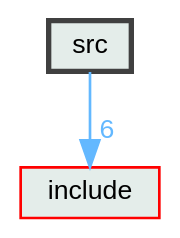
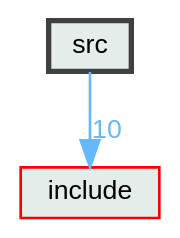
The diagram in docs/dir_68267d1309a1af8e8297ef4c3efbcdba_dep.dot (HEP-FCC/ral), drawn with Graphviz before and after one commit. The commit also changed 112 other files, not shown here.

```diff
--- a/docs/dir_68267d1309a1af8e8297ef4c3efbcdba_dep.dot
+++ b/docs/dir_68267d1309a1af8e8297ef4c3efbcdba_dep.dot
@@ -1,11 +1,11 @@
 digraph "src"
 {
  // LATEX_PDF_SIZE
   bgcolor="transparent";
   edge [fontname=Helvetica,fontsize=10,labelfontname=Helvetica,labelfontsize=10];
   node [fontname=Helvetica,fontsize=10,shape=box,height=0.2,width=0.4];
   compound=true
   dir_68267d1309a1af8e8297ef4c3efbcdba [label="src", fillcolor="#e4edea", color="grey25", style="filled,bold", URL="dir_68267d1309a1af8e8297ef4c3efbcdba.html",tooltip=""];
   dir_d44c64559bbebec7f509842c48db8b23 [label="include", fillcolor="#e4edea", color="red", style="filled", URL="dir_d44c64559bbebec7f509842c48db8b23.html",tooltip=""];
-  dir_68267d1309a1af8e8297ef4c3efbcdba->dir_d44c64559bbebec7f509842c48db8b23 [headlabel="6", labeldistance=1.5 headhref="dir_000002_000000.html" href="dir_000002_000000.html" color="steelblue1" fontcolor="steelblue1"];
+  dir_68267d1309a1af8e8297ef4c3efbcdba->dir_d44c64559bbebec7f509842c48db8b23 [headlabel="10", labeldistance=1.5 headhref="dir_000002_000000.html" href="dir_000002_000000.html" color="steelblue1" fontcolor="steelblue1"];
 }
```
